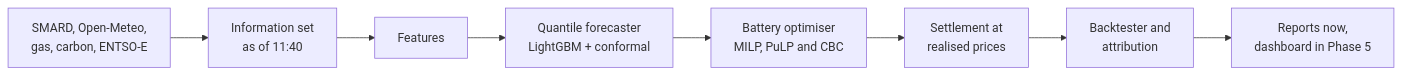
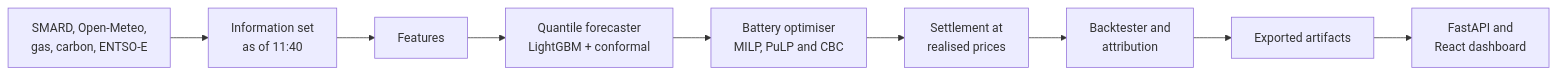
The diagram in README.md (HRafiq/energy-price-forecasting-trading), drawn with Mermaid before and after one commit. The commit also changed other lines of this file and 50 other files, not shown here.

First line of the commit message:
Phase 5: dashboard v1, React and FastAPI over exported backtest artifacts

````diff
--- a/README.md
+++ b/README.md
@@ -80,10 +84,11 @@
 ```mermaid
 flowchart LR
   A[SMARD, Open-Meteo,<br/>gas, carbon, ENTSO-E] --> B[Information set<br/>as of 11:40]
   B --> C[Features]
   C --> D[Quantile forecaster<br/>LightGBM + conformal]
   D --> E[Battery optimiser<br/>MILP, PuLP and CBC]
   E --> F[Settlement at<br/>realised prices]
   F --> G[Backtester and<br/>attribution]
-  G --> H[Reports now,<br/>dashboard in Phase 5]
+  G --> H[Exported artifacts]
+  H --> I[FastAPI and<br/>React dashboard]
 ```
````
